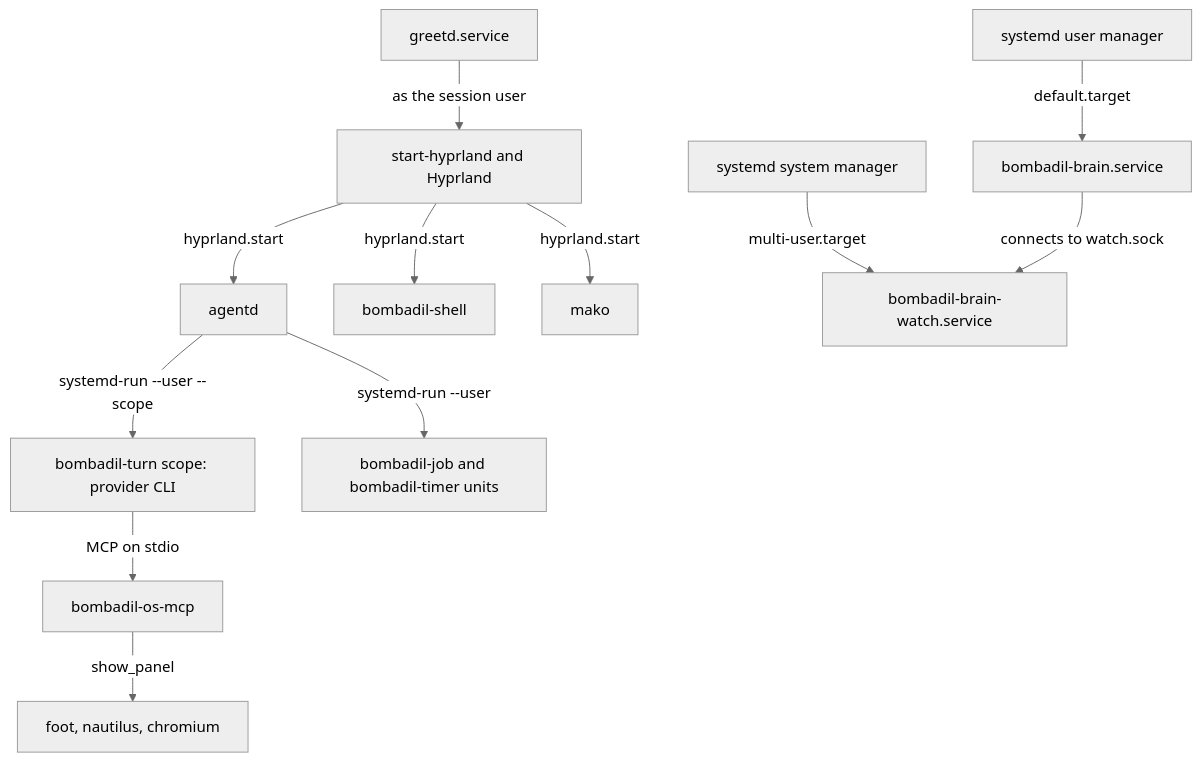
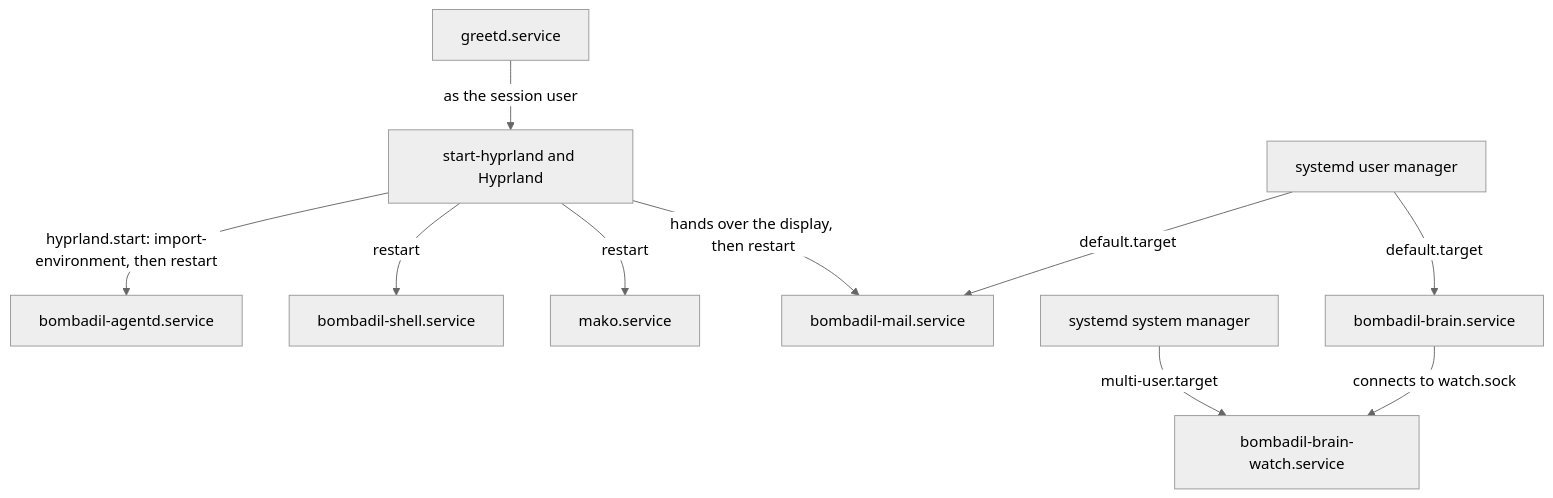
The first of 2 diagrams in docs/reference.md (thedefaultman/Bombadil), drawn with Mermaid (neutral theme) before and after one commit. The commit also changed other lines of this file and 31 other files, not shown here.

````diff
--- a/docs/reference.md
+++ b/docs/reference.md
@@ -178,14 +227,12 @@
 ```mermaid
 flowchart TB
     greetd["greetd.service"] -->|"as the session user"| hypr["start-hyprland and Hyprland"]
-    hypr -->|"hyprland.start"| agentd["agentd"]
-    hypr -->|"hyprland.start"| shell["bombadil-shell"]
-    hypr -->|"hyprland.start"| mako["mako"]
-    user["systemd user manager"] -->|"default.target"| brain["bombadil-brain.service"]
+    hypr -->|"hyprland.start: import-environment, then restart"| agentd["bombadil-agentd.service"]
+    hypr -->|"restart"| shell["bombadil-shell.service"]
+    hypr -->|"restart"| mako["mako.service"]
+    hypr -->|"hands over the display, then restart"| mail["bombadil-mail.service"]
+    user["systemd user manager"] -->|"default.target"| mail
+    user -->|"default.target"| brain["bombadil-brain.service"]
     system["systemd system manager"] -->|"multi-user.target"| watch["bombadil-brain-watch.service"]
     brain -->|"connects to watch.sock"| watch
-    agentd -->|"systemd-run --user --scope"| turn["bombadil-turn scope: provider CLI"]
-    turn -->|"MCP on stdio"| mcp["bombadil-os-mcp"]
-    mcp -->|"show_panel"| panels["foot, nautilus, chromium"]
-    agentd -->|"systemd-run --user"| jobs["bombadil-job and bombadil-timer units"]
 ```
````
